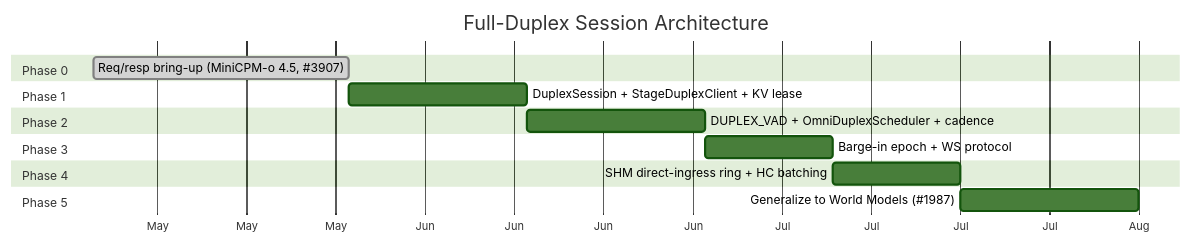
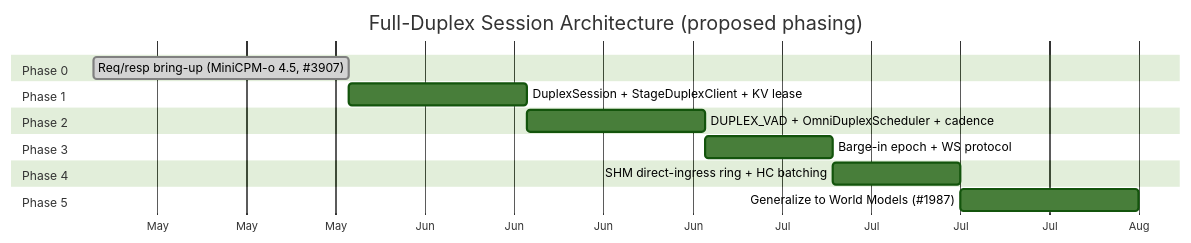
Before and after one commit to lishunyang12/lishunyang12.github.io: the ninth of 9 diagrams in content/blog/full-duplex-session.md, drawn with Mermaid (forest theme). The commit also changed other lines of this file, not shown here.

Commit message:
blog: descriptive restructure — map of the full-duplex design space (common ground / two tracks / open decisions); add JoyAI-VL vision track + figures

````diff
--- a/content/blog/full-duplex-session.md
+++ b/content/blog/full-duplex-session.md
@@ -254,18 +276,18 @@
 ```mermaid
 gantt
-    title Full-Duplex Session Architecture
+    title Full-Duplex Session Architecture (proposed phasing)
     dateFormat YYYY-MM-DD
     axisFormat %b
     section Phase 0
     Req/resp bring-up (MiniCPM-o 4.5, #3907) :done, p0, 2026-05-12, 20d
     section Phase 1
     DuplexSession + StageDuplexClient + KV lease :p1, after p0, 14d
     section Phase 2
     DUPLEX_VAD + OmniDuplexScheduler + cadence :p2, after p1, 14d
     section Phase 3
     Barge-in epoch + WS protocol :p3, after p2, 10d
     section Phase 4
     SHM direct-ingress ring + HC batching :p4, after p3, 10d
     section Phase 5
     Generalize to World Models (#1987) :p5, after p4, 14d
 ```
````
